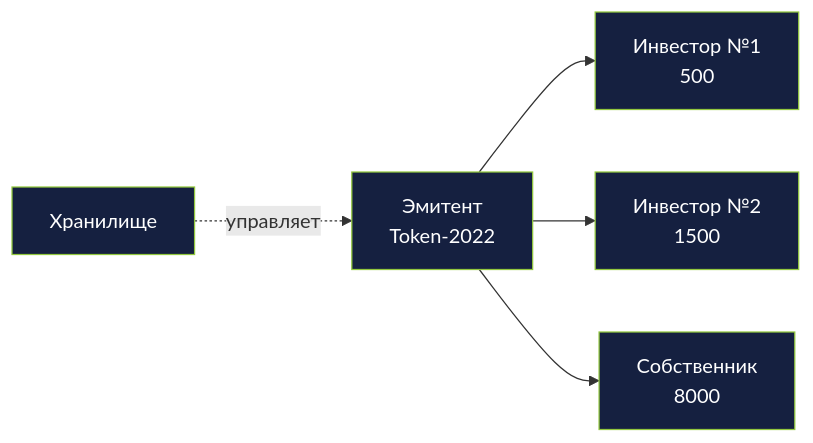
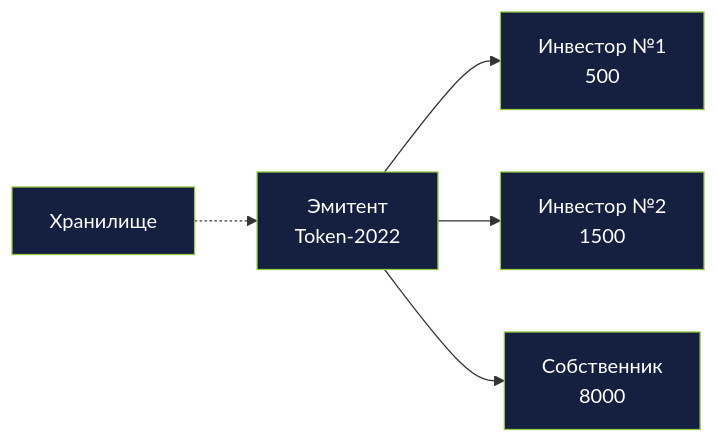
Before and after one commit to In-Da-Hack-Decentrathon/presentation: diagram 20 of 44 in slides.md, drawn with Mermaid. The commit also changed other lines of this file and 1 other file, not shown here.

````diff
--- a/slides.md
+++ b/slides.md
@@ -2301,14 +2301,14 @@
 ```mermaid {scale: 0.5}
 flowchart LR
   Mint[Эмитент<br/>Token-2022]
   Vault[Хранилище]
   TA1[Инвестор №1<br/>500]
   TA2[Инвестор №2<br/>1500]
   TA3[Собственник<br/>8000]
-  Vault -.управляет.-> Mint
+  Vault -.-> Mint
   Mint --> TA1
   Mint --> TA2
   Mint --> TA3
   classDef dim fill:#152040,stroke:#92c73e,color:#ffffff
   class Mint,Vault,TA1,TA2,TA3 dim
 ```
````
